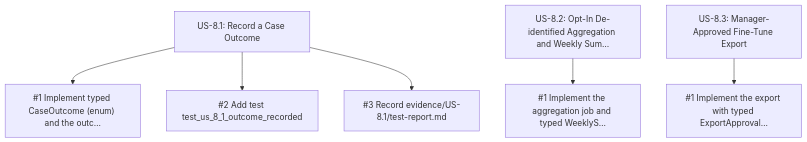
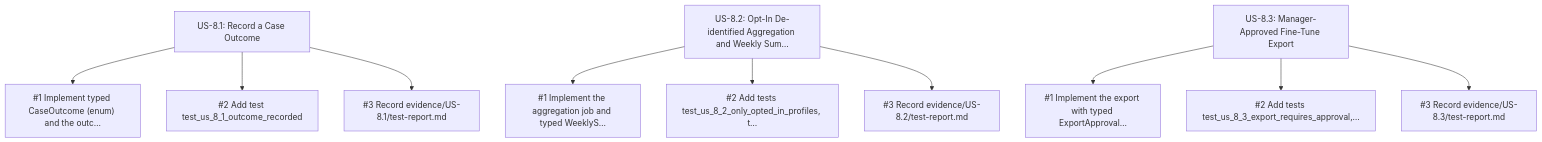
One commit to josoroma/ClaimCoach changed the ninth of 13 diagrams in SPECS.md. Above: the diagram before and after it, drawn with Mermaid. The commit also changed other lines of this file and 66 other files, not shown here.

````diff
--- a/SPECS.md
+++ b/SPECS.md
@@ -685,16 +689,24 @@
 ```mermaid
 flowchart TD
   US-8_1["US-8.1: Record a Case Outcome"]
   US-8_1_T1["#1 Implement typed CaseOutcome (enum) and the outc…"]
   US-8_1 --> US-8_1_T1
   US-8_1_T2["#2 Add test test_us_8_1_outcome_recorded"]
   US-8_1 --> US-8_1_T2
   US-8_1_T3["#3 Record evidence/US-8.1/test-report.md"]
   US-8_1 --> US-8_1_T3
   US-8_2["US-8.2: Opt-In De-identified Aggregation and Weekly Sum…"]
   US-8_2_T1["#1 Implement the aggregation job and typed WeeklyS…"]
   US-8_2 --> US-8_2_T1
+  US-8_2_T2["#2 Add tests test_us_8_2_only_opted_in_profiles, t…"]
+  US-8_2 --> US-8_2_T2
+  US-8_2_T3["#3 Record evidence/US-8.2/test-report.md"]
+  US-8_2 --> US-8_2_T3
   US-8_3["US-8.3: Manager-Approved Fine-Tune Export"]
   US-8_3_T1["#1 Implement the export with typed ExportApproval…"]
   US-8_3 --> US-8_3_T1
+  US-8_3_T2["#2 Add tests test_us_8_3_export_requires_approval,…"]
+  US-8_3 --> US-8_3_T2
+  US-8_3_T3["#3 Record evidence/US-8.3/test-report.md"]
+  US-8_3 --> US-8_3_T3
 ```
````
